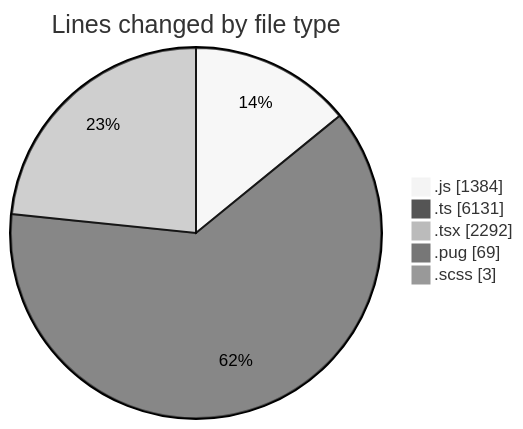
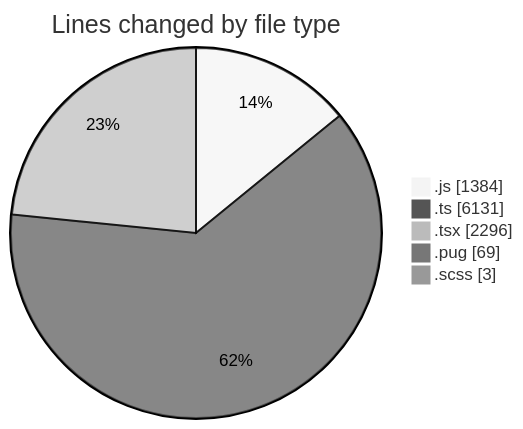
One commit to momahboobian/code-tracking changed the first of 2 diagrams in 2025-03-25/cda/README.md. Above: the diagram before and after it, drawn with Mermaid (neutral theme). The commit also changed other lines of this file and 1 other file, not shown here.

````diff
--- a/2025-03-25/cda/README.md
+++ b/2025-03-25/cda/README.md
@@ -38,9 +38,9 @@
 ```mermaid
 pie showData
 title Lines changed by file type
 ".js" : 1384
 ".ts" : 6131
-".tsx" : 2292
+".tsx" : 2296
 ".pug" : 69
 ".scss" : 3
 ```
````
